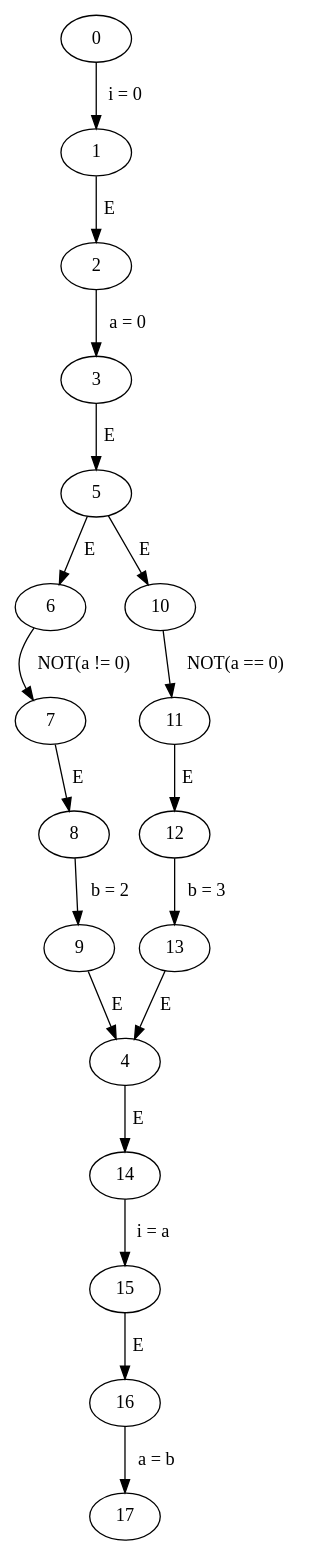
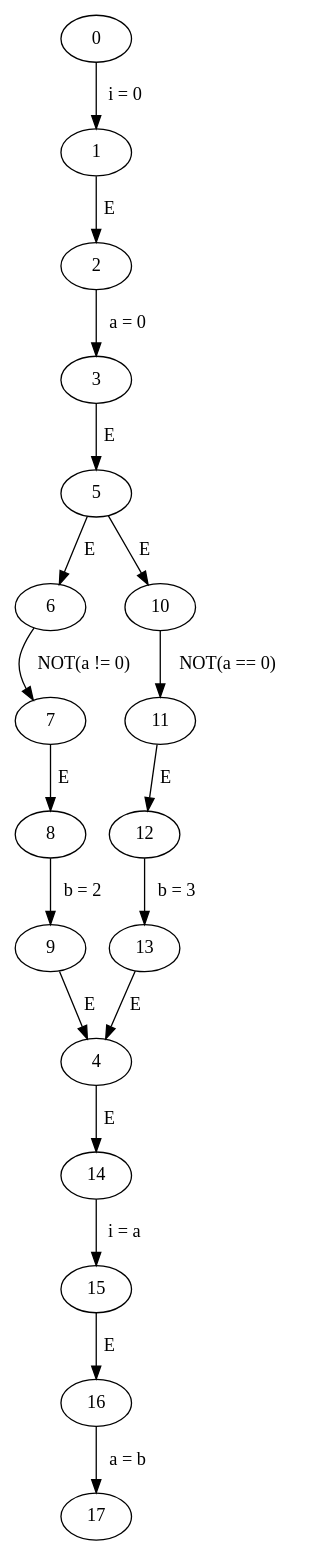
The diagram in code/graphs/if_NOT/if_NOT.gv (Harman309/project6), drawn with Graphviz before and after one commit. The commit also changed other lines of this file and 15 other files, not shown here.

```diff
--- a/code/graphs/if_NOT/if_NOT.gv
+++ b/code/graphs/if_NOT/if_NOT.gv
@@ -1,21 +1,21 @@
 // if_NOT
 digraph {
+	16 -> 17 [label=" a = b "]
+	15 -> 16 [label=" E "]
+	12 -> 13 [label=" b = 3 "]
+	11 -> 12 [label=" E "]
+	2 -> 3 [label=" a = 0 "]
+	9 -> 4 [label=" E "]
+	13 -> 4 [label=" E "]
+	4 -> 14 [label=" E "]
+	1 -> 2 [label=" E "]
+	7 -> 8 [label=" E "]
+	0 -> 1 [label=" i = 0 "]
+	6 -> 7 [label=" NOT(a != 0) "]
+	8 -> 9 [label=" b = 2 "]
 	14 -> 15 [label=" i = a "]
 	3 -> 5 [label=" E "]
-	7 -> 8 [label=" E "]
-	11 -> 12 [label=" E "]
-	1 -> 2 [label=" E "]
-	8 -> 9 [label=" b = 2 "]
-	6 -> 7 [label=" NOT(a != 0) "]
-	12 -> 13 [label=" b = 3 "]
-	4 -> 14 [label=" E "]
-	2 -> 3 [label=" a = 0 "]
-	15 -> 16 [label=" E "]
-	13 -> 4 [label=" E "]
-	9 -> 4 [label=" E "]
+	5 -> 6 [label=" E "]
 	5 -> 10 [label=" E "]
-	0 -> 1 [label=" i = 0 "]
-	16 -> 17 [label=" a = b "]
-	5 -> 6 [label=" E "]
 	10 -> 11 [label=" NOT(a == 0) "]
 }
```
